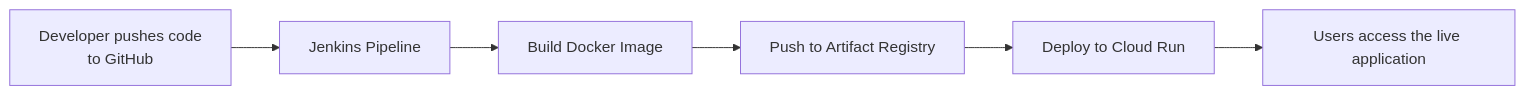
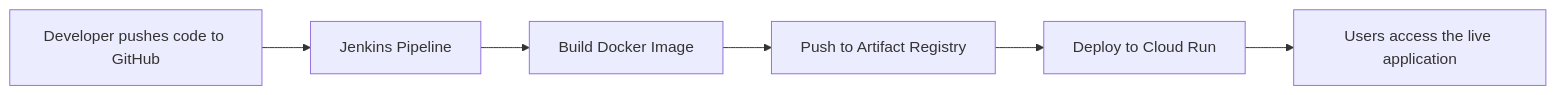
One commit to Yashaswini0110/PDD changed the third of 5 diagrams in docs/all_diagrams.md. Above: the diagram before and after it, drawn with Mermaid. The commit also changed other lines of this file and 1 other file, not shown here.

Commit message:
fix: remove br tags from Mermaid diagrams to fix parse errors

````diff
--- a/docs/all_diagrams.md
+++ b/docs/all_diagrams.md
@@ -50,11 +50,11 @@
 ```mermaid
 flowchart LR
-    DEV[Developer pushes code<br/>to GitHub] --> JEN[Jenkins Pipeline]
+    DEV["Developer pushes code to GitHub"] --> JEN["Jenkins Pipeline"]
 
-    JEN --> BUILD[Build Docker Image]
-    BUILD --> PUSH[Push to Artifact Registry]
+    JEN --> BUILD["Build Docker Image"]
+    BUILD --> PUSH["Push to Artifact Registry"]
 
-    PUSH --> DEPLOY[Deploy to Cloud Run]
+    PUSH --> DEPLOY["Deploy to Cloud Run"]
 
-    DEPLOY --> USERS[Users access the live application]
+    DEPLOY --> USERS["Users access the live application"]
 ```
````
